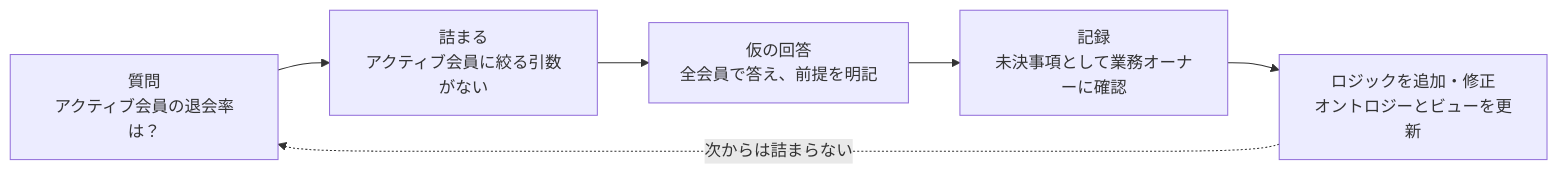
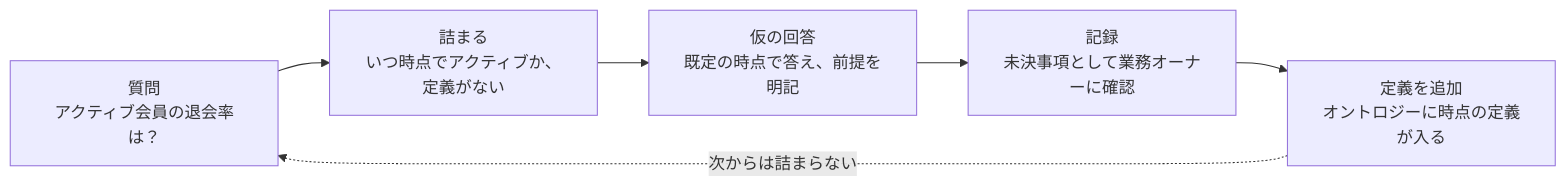
Before and after one commit to keito118/ai-ready-requirements: the second of 2 diagrams in framework/ja/07_ai-processing-flow.md, drawn with Mermaid. The commit also changed other lines of this file and 16 other files, not shown here.

````diff
--- a/framework/ja/07_ai-processing-flow.md
+++ b/framework/ja/07_ai-processing-flow.md
@@ -60,8 +59,8 @@
 ```mermaid
 flowchart LR
-  Q[質問<br/>アクティブ会員の退会率は？] --> X[詰まる<br/>アクティブ会員に絞る引数がない]
-  X --> T[仮の回答<br/>全会員で答え、前提を明記]
+  Q[質問<br/>アクティブ会員の退会率は？] --> X[詰まる<br/>いつ時点でアクティブか、定義がない]
+  X --> T[仮の回答<br/>既定の時点で答え、前提を明記]
   T --> R[記録<br/>未決事項として業務オーナーに確認]
-  R --> F[ロジックを追加・修正<br/>オントロジーとビューを更新]
+  R --> F[定義を追加<br/>オントロジーに時点の定義が入る]
   F -. 次からは詰まらない .-> Q
 ```
````
